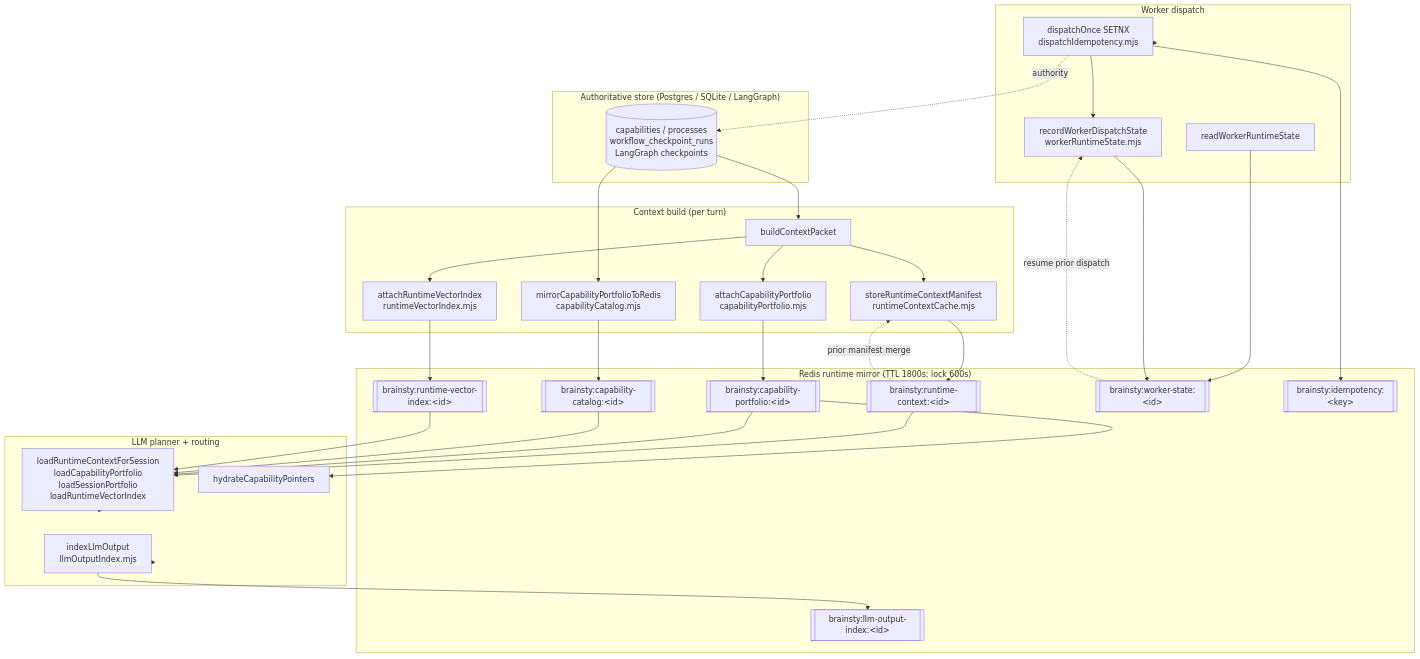
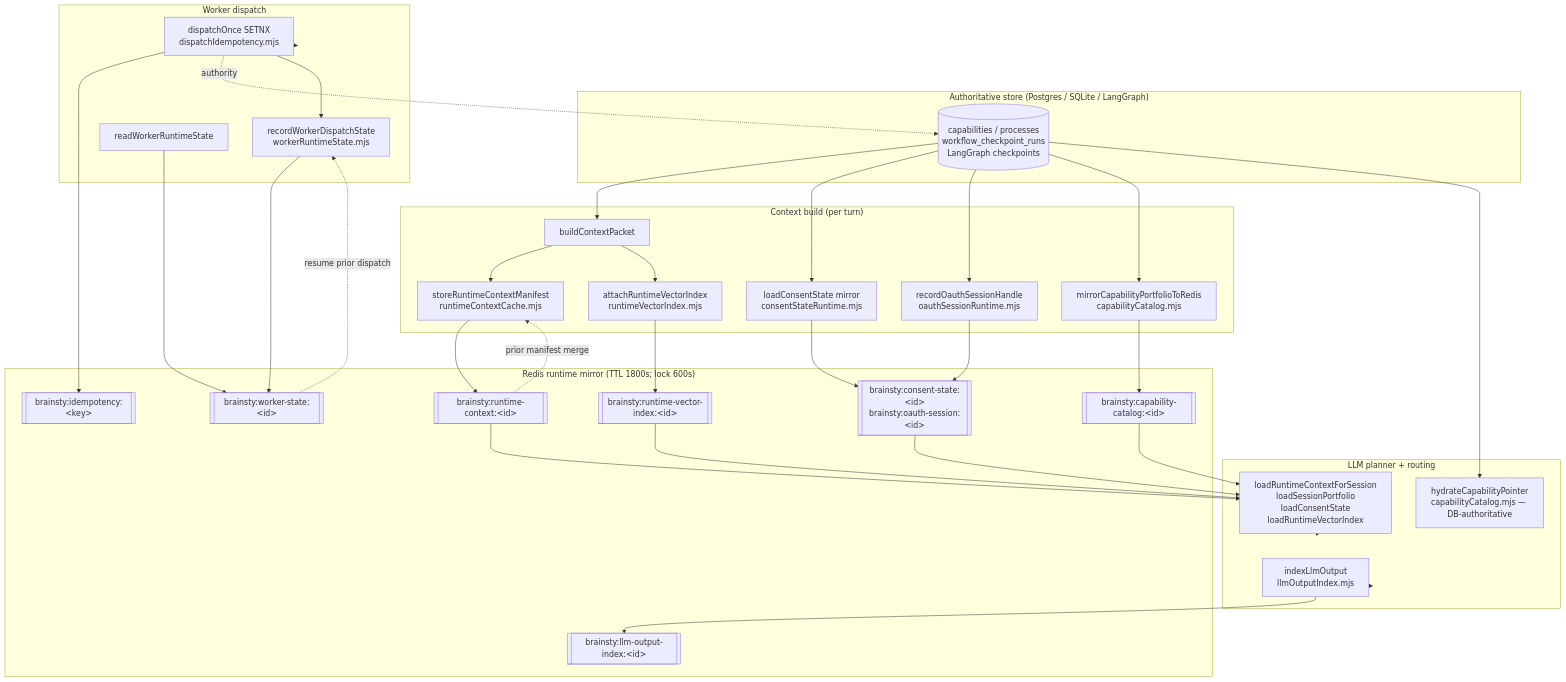
Before and after one commit to MarceloDe/concierge_by_openclaw_hermes: the diagram in docs/DATABASE_REDIS.md, drawn with Mermaid. The commit also changed other lines of this file and 33 other files, not shown here.

````diff
--- a/docs/DATABASE_REDIS.md
+++ b/docs/DATABASE_REDIS.md
@@ -55,57 +56,59 @@
 ```mermaid
 flowchart TD
     subgraph Authoritative["Authoritative store (Postgres / SQLite / LangGraph)"]
         PG[(capabilities / processes<br/>workflow_checkpoint_runs<br/>LangGraph checkpoints)]
     end
 
     subgraph ContextBuild["Context build (per turn)"]
         CB[buildContextPacket]
         RC[storeRuntimeContextManifest<br/>runtimeContextCache.mjs]
-        CP[attachCapabilityPortfolio<br/>capabilityPortfolio.mjs]
+        CS[loadConsentState mirror<br/>consentStateRuntime.mjs]
+        OA[recordOauthSessionHandle<br/>oauthSessionRuntime.mjs]
         CAT[mirrorCapabilityPortfolioToRedis<br/>capabilityCatalog.mjs]
         VEC[attachRuntimeVectorIndex<br/>runtimeVectorIndex.mjs]
     end
 
     subgraph Planner["LLM planner + routing"]
-        LOAD[loadRuntimeContextForSession<br/>loadCapabilityPortfolio<br/>loadSessionPortfolio<br/>loadRuntimeVectorIndex]
+        LOAD[loadRuntimeContextForSession<br/>loadSessionPortfolio<br/>loadConsentState<br/>loadRuntimeVectorIndex]
         IDX[indexLlmOutput<br/>llmOutputIndex.mjs]
-        HYD[hydrateCapabilityPointers]
+        HYD[hydrateCapabilityPointer<br/>capabilityCatalog.mjs — DB-authoritative]
     end
 
     subgraph Worker["Worker dispatch"]
         DISP[dispatchOnce SETNX<br/>dispatchIdempotency.mjs]
         WS[recordWorkerDispatchState<br/>workerRuntimeState.mjs]
         WSR[readWorkerRuntimeState]
     end
 
     subgraph Redis["Redis runtime mirror (TTL 1800s; lock 600s)"]
         K1[[brainsty:runtime-context:&lt;id&gt;]]
-        K2[[brainsty:capability-portfolio:&lt;id&gt;]]
+        K2[[brainsty:consent-state:&lt;id&gt;<br/>brainsty:oauth-session:&lt;id&gt;]]
         K3[[brainsty:capability-catalog:&lt;id&gt;]]
         K4[[brainsty:runtime-vector-index:&lt;id&gt;]]
         K5[[brainsty:llm-output-index:&lt;id&gt;]]
         K6[[brainsty:worker-state:&lt;id&gt;]]
         K7[[brainsty:idempotency:&lt;key&gt;]]
     end
 
     PG --> CB
     CB --> RC --> K1
-    CB --> CP --> K2
+    PG --> CS --> K2
+    PG --> OA --> K2
     PG --> CAT --> K3
     CB --> VEC --> K4
 
     K1 -. prior manifest merge .-> RC
     K1 --> LOAD
     K2 --> LOAD
     K3 --> LOAD
     K4 --> LOAD
     LOAD --> Planner
     Planner --> IDX --> K5
-    K2 --> HYD
+    PG --> HYD
 
     WSR --> K6
     Worker --> DISP --> K7
     DISP -. authority .-> PG
     DISP --> WS --> K6
     K6 -. resume prior dispatch .-> WS
 ```
````
